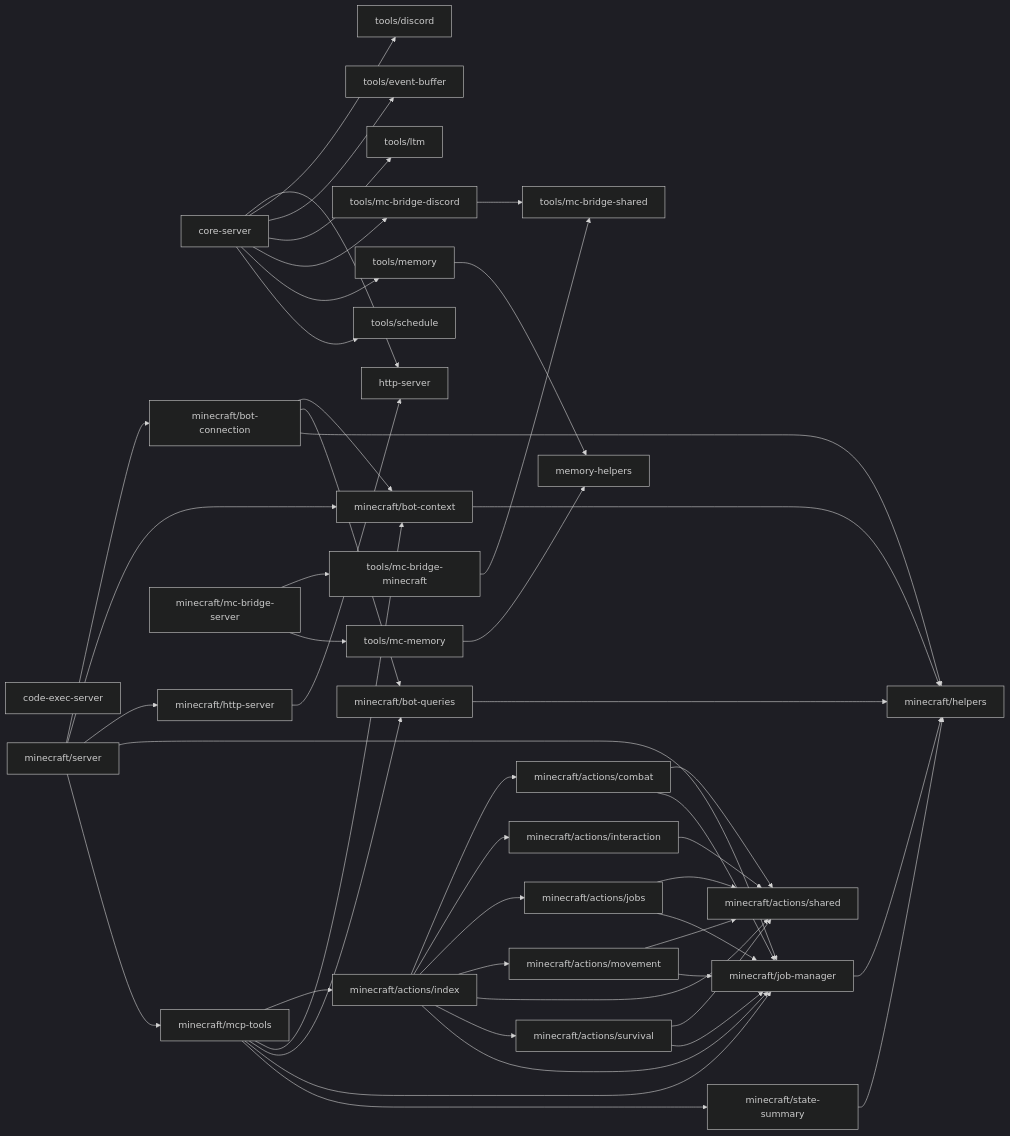
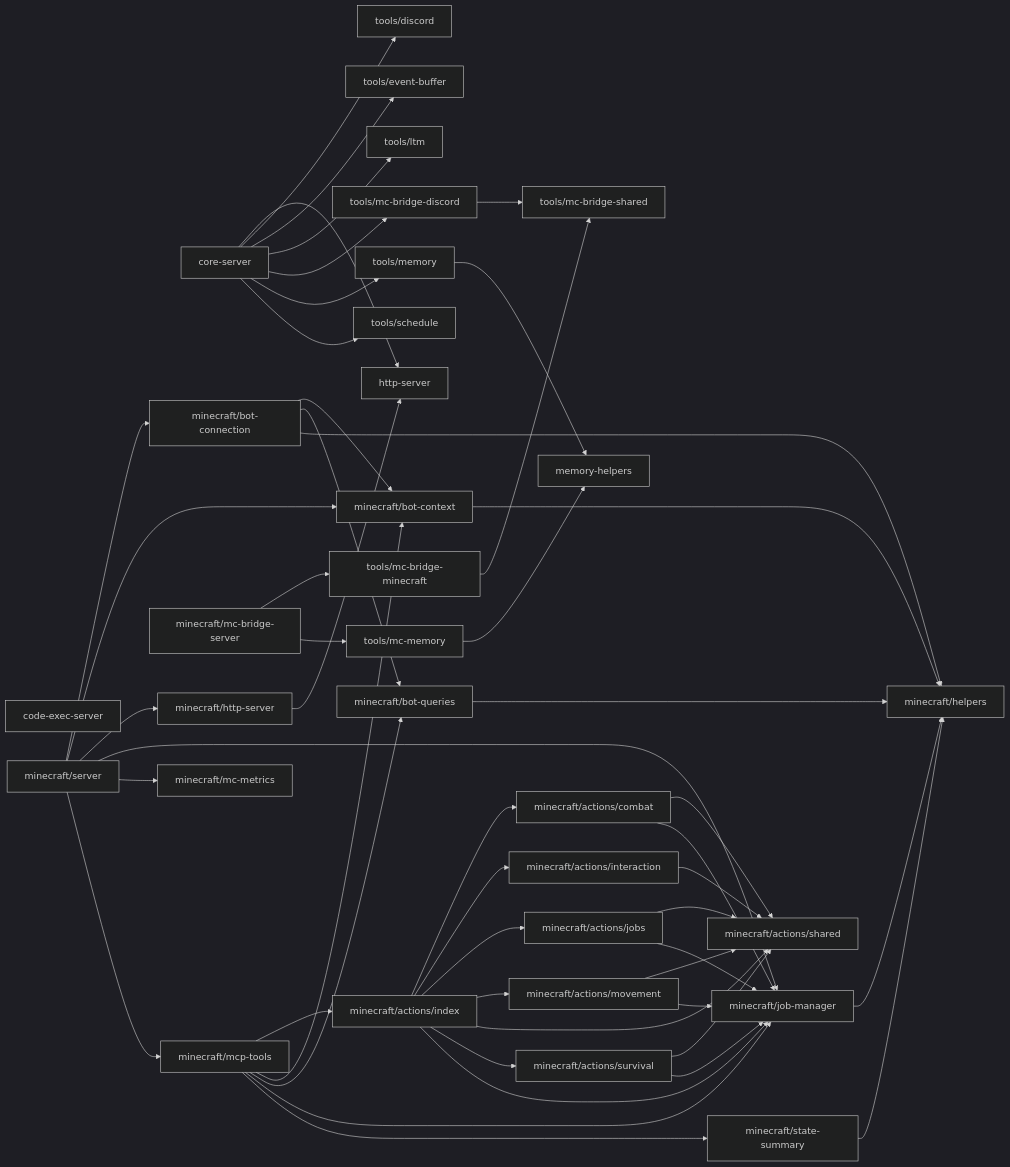
The diagram in src/mcp/DEPS.md (OJII3/vicissitude), drawn with Mermaid (dark theme) before and after one commit. The commit also changed other lines of this file and 18 other files, not shown here.

````diff
--- a/src/mcp/DEPS.md
+++ b/src/mcp/DEPS.md
@@ -7,60 +7,62 @@
 ```mermaid
 graph LR
   code_exec_server["code-exec-server"]
   core_server["core-server"] --> http_server["http-server"]
   core_server["core-server"] --> tools_discord["tools/discord"]
   core_server["core-server"] --> tools_event_buffer["tools/event-buffer"]
   core_server["core-server"] --> tools_ltm["tools/ltm"]
   core_server["core-server"] --> tools_mc_bridge_discord["tools/mc-bridge-discord"]
   core_server["core-server"] --> tools_memory["tools/memory"]
   core_server["core-server"] --> tools_schedule["tools/schedule"]
   http_server["http-server"]
   memory_helpers["memory-helpers"]
   minecraft_actions_combat["minecraft/actions/combat"] --> minecraft_actions_shared["minecraft/actions/shared"]
   minecraft_actions_combat["minecraft/actions/combat"] --> minecraft_job_manager["minecraft/job-manager"]
   minecraft_actions_index["minecraft/actions/index"] --> minecraft_actions_combat["minecraft/actions/combat"]
   minecraft_actions_index["minecraft/actions/index"] --> minecraft_actions_interaction["minecraft/actions/interaction"]
   minecraft_actions_index["minecraft/actions/index"] --> minecraft_actions_jobs["minecraft/actions/jobs"]
   minecraft_actions_index["minecraft/actions/index"] --> minecraft_actions_movement["minecraft/actions/movement"]
   minecraft_actions_index["minecraft/actions/index"] --> minecraft_actions_shared["minecraft/actions/shared"]
   minecraft_actions_index["minecraft/actions/index"] --> minecraft_actions_survival["minecraft/actions/survival"]
   minecraft_actions_index["minecraft/actions/index"] --> minecraft_job_manager["minecraft/job-manager"]
   minecraft_actions_interaction["minecraft/actions/interaction"] --> minecraft_actions_shared["minecraft/actions/shared"]
   minecraft_actions_jobs["minecraft/actions/jobs"] --> minecraft_actions_shared["minecraft/actions/shared"]
   minecraft_actions_jobs["minecraft/actions/jobs"] --> minecraft_job_manager["minecraft/job-manager"]
   minecraft_actions_movement["minecraft/actions/movement"] --> minecraft_actions_shared["minecraft/actions/shared"]
   minecraft_actions_movement["minecraft/actions/movement"] --> minecraft_job_manager["minecraft/job-manager"]
   minecraft_actions_shared["minecraft/actions/shared"]
   minecraft_actions_survival["minecraft/actions/survival"] --> minecraft_actions_shared["minecraft/actions/shared"]
   minecraft_actions_survival["minecraft/actions/survival"] --> minecraft_job_manager["minecraft/job-manager"]
   minecraft_bot_connection["minecraft/bot-connection"] --> minecraft_bot_context["minecraft/bot-context"]
   minecraft_bot_connection["minecraft/bot-connection"] --> minecraft_bot_queries["minecraft/bot-queries"]
   minecraft_bot_connection["minecraft/bot-connection"] --> minecraft_helpers["minecraft/helpers"]
   minecraft_bot_context["minecraft/bot-context"] --> minecraft_helpers["minecraft/helpers"]
   minecraft_bot_queries["minecraft/bot-queries"] --> minecraft_helpers["minecraft/helpers"]
   minecraft_helpers["minecraft/helpers"]
   minecraft_http_server["minecraft/http-server"] --> http_server["http-server"]
   minecraft_job_manager["minecraft/job-manager"] --> minecraft_helpers["minecraft/helpers"]
   minecraft_mc_bridge_server["minecraft/mc-bridge-server"] --> tools_mc_bridge_minecraft["tools/mc-bridge-minecraft"]
   minecraft_mc_bridge_server["minecraft/mc-bridge-server"] --> tools_mc_memory["tools/mc-memory"]
+  minecraft_mc_metrics["minecraft/mc-metrics"]
   minecraft_mcp_tools["minecraft/mcp-tools"] --> minecraft_actions_index["minecraft/actions/index"]
   minecraft_mcp_tools["minecraft/mcp-tools"] --> minecraft_bot_context["minecraft/bot-context"]
   minecraft_mcp_tools["minecraft/mcp-tools"] --> minecraft_bot_queries["minecraft/bot-queries"]
   minecraft_mcp_tools["minecraft/mcp-tools"] --> minecraft_job_manager["minecraft/job-manager"]
   minecraft_mcp_tools["minecraft/mcp-tools"] --> minecraft_state_summary["minecraft/state-summary"]
   minecraft_server["minecraft/server"] --> minecraft_bot_connection["minecraft/bot-connection"]
   minecraft_server["minecraft/server"] --> minecraft_bot_context["minecraft/bot-context"]
   minecraft_server["minecraft/server"] --> minecraft_http_server["minecraft/http-server"]
   minecraft_server["minecraft/server"] --> minecraft_job_manager["minecraft/job-manager"]
+  minecraft_server["minecraft/server"] --> minecraft_mc_metrics["minecraft/mc-metrics"]
   minecraft_server["minecraft/server"] --> minecraft_mcp_tools["minecraft/mcp-tools"]
   minecraft_state_summary["minecraft/state-summary"] --> minecraft_helpers["minecraft/helpers"]
   tools_discord["tools/discord"]
   tools_event_buffer["tools/event-buffer"]
   tools_ltm["tools/ltm"]
   tools_mc_bridge_discord["tools/mc-bridge-discord"] --> tools_mc_bridge_shared["tools/mc-bridge-shared"]
   tools_mc_bridge_minecraft["tools/mc-bridge-minecraft"] --> tools_mc_bridge_shared["tools/mc-bridge-shared"]
   tools_mc_bridge_shared["tools/mc-bridge-shared"]
   tools_mc_memory["tools/mc-memory"] --> memory_helpers["memory-helpers"]
   tools_memory["tools/memory"] --> memory_helpers["memory-helpers"]
   tools_schedule["tools/schedule"]
 ```
````
